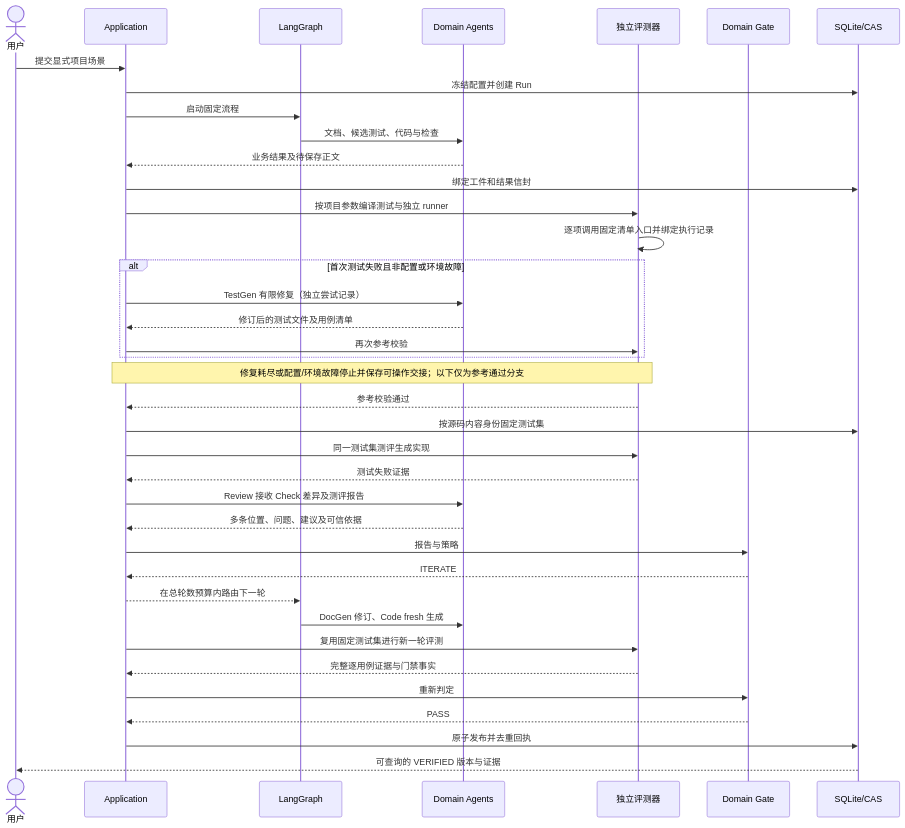
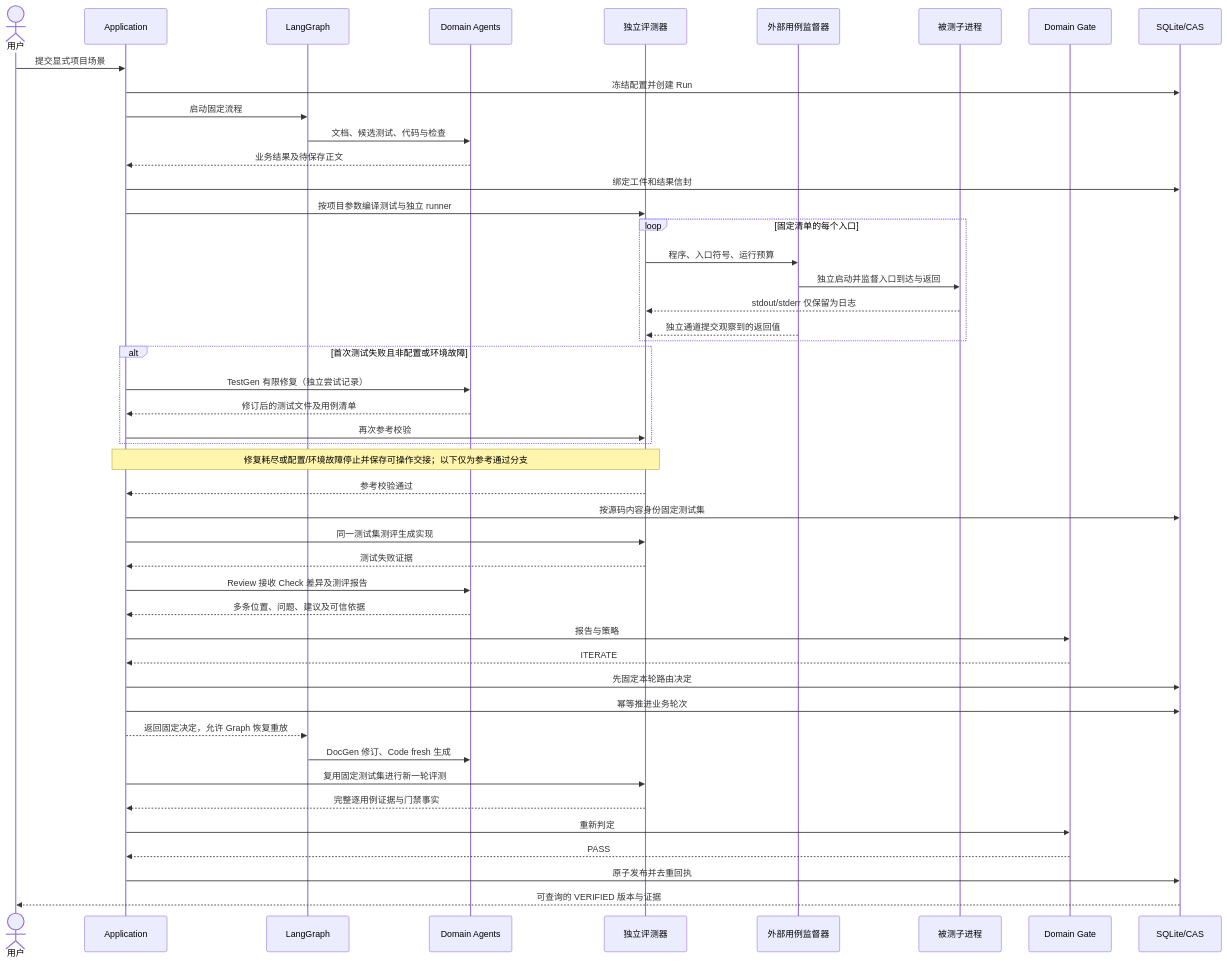
One commit to linlisWorkTeam/domain-knowledge changed the fifth of 7 diagrams in docs/diagrams/Views4Plus1.md. Above: the diagram before and after it, drawn with Mermaid. The commit also changed 3 other files, not shown here.

````diff
--- a/docs/diagrams/Views4Plus1.md
+++ b/docs/diagrams/Views4Plus1.md
@@ -91,40 +91,49 @@
 ```mermaid
 sequenceDiagram
   actor U as 用户
   participant A as Application
   participant G as LangGraph
   participant R as Domain Agents
   participant E as 独立评测器
+  participant N as 外部用例监督器
+  participant X as 被测子进程
   participant D as Domain Gate
   participant S as SQLite/CAS
   U->>A: 提交显式项目场景
   A->>S: 冻结配置并创建 Run
   A->>G: 启动固定流程
   G->>R: 文档、候选测试、代码与检查
   R-->>A: 业务结果及待保存正文
   A->>S: 绑定工件和结果信封
   A->>E: 按项目参数编译测试与独立 runner
-  E->>E: 逐项调用固定清单入口并绑定执行记录
+  loop 固定清单的每个入口
+    E->>N: 程序、入口符号、运行预算
+    N->>X: 独立启动并监督入口到达与返回
+    X-->>E: stdout/stderr 仅保留为日志
+    N-->>E: 独立通道提交观察到的返回值
+  end
   alt 首次测试失败且非配置或环境故障
     A->>R: TestGen 有限修复（独立尝试记录）
     R-->>A: 修订后的测试文件及用例清单
     A->>E: 再次参考校验
   end
   Note over A,E: 修复耗尽或配置/环境故障停止并保存可操作交接；以下仅为参考通过分支
   E-->>A: 参考校验通过
   A->>S: 按源码内容身份固定测试集
   A->>E: 同一测试集测评生成实现
   E-->>A: 测试失败证据
   A->>R: Review 接收 Check 差异及测评报告
   R-->>A: 多条位置、问题、建议及可信依据
   A->>D: 报告与策略
   D-->>A: ITERATE
-  A-->>G: 在总轮数预算内路由下一轮
+  A->>S: 先固定本轮路由决定
+  A->>S: 幂等推进业务轮次
+  A-->>G: 返回固定决定，允许 Graph 恢复重放
   G->>R: DocGen 修订、Code fresh 生成
   A->>E: 复用固定测试集进行新一轮评测
   E-->>A: 完整逐用例证据与门禁事实
   A->>D: 重新判定
   D-->>A: PASS
   A->>S: 原子发布并去重回执
   S-->>U: 可查询的 VERIFIED 版本与证据
 ```
````
